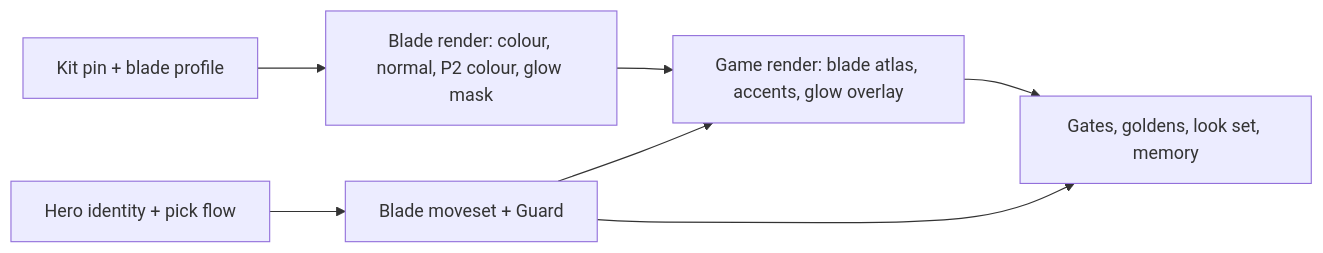
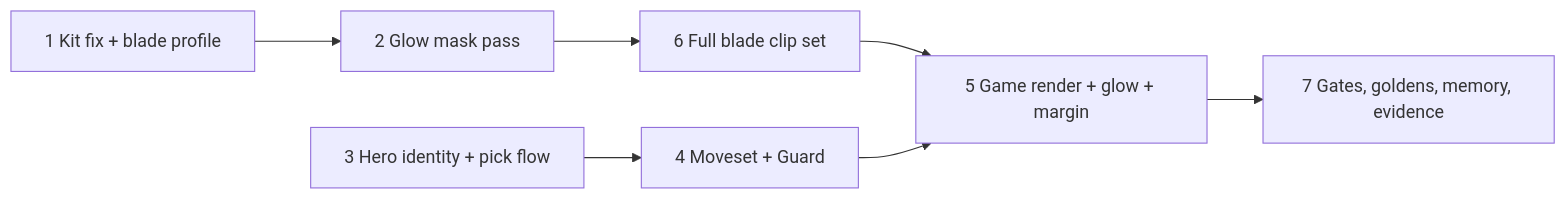
One commit to marcusrbrown/nr changed the diagram in docs/plans/2026-10-25-001-feat-blade-fighter-plan.md. Above: the diagram before and after it, drawn with Mermaid. The commit also changed other lines of this file, not shown here.

Commit message:
docs: apply blade fighter plan review

````diff
--- a/docs/plans/2026-10-25-001-feat-blade-fighter-plan.md
+++ b/docs/plans/2026-10-25-001-feat-blade-fighter-plan.md
@@ -105,9 +107,8 @@
 ```mermaid
 flowchart LR
-  K[Kit pin + blade profile] --> R[Blade render: colour, normal, P2 colour, glow mask]
-  R --> G[Game render: blade atlas, accents, glow overlay]
-  S1[Hero identity + pick flow] --> S2[Blade moveset + Guard]
-  S2 --> G
-  G --> E[Gates, goldens, look set, memory]
-  S2 --> E
+  U1[1 Kit fix + blade profile] --> U2[2 Glow mask pass] --> U6[6 Full blade clip set]
+  U3[3 Hero identity + pick flow] --> U4[4 Moveset + Guard]
+  U6 --> U5[5 Game render + glow + margin]
+  U4 --> U5
+  U5 --> U7[7 Gates, goldens, memory, evidence]
 ```
````
